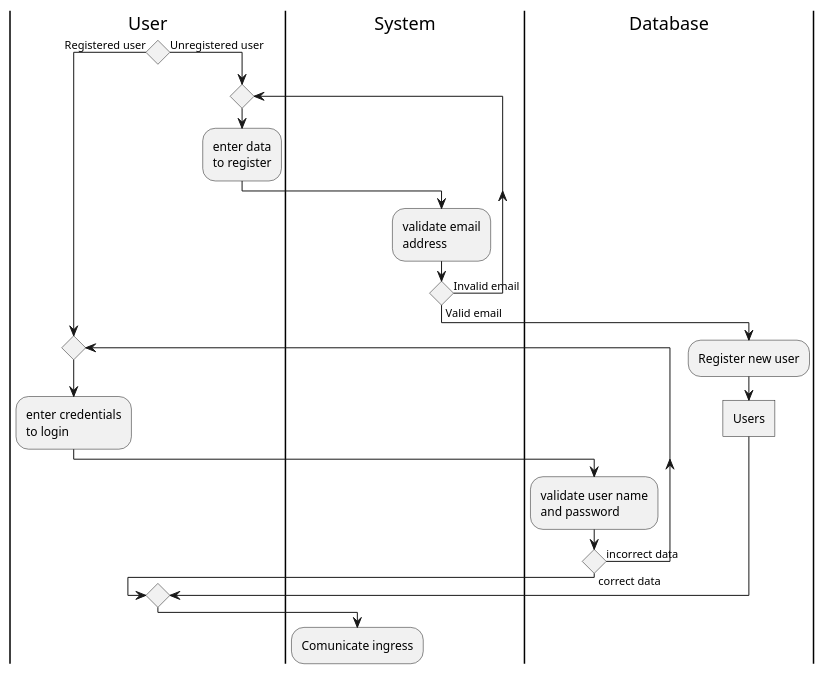
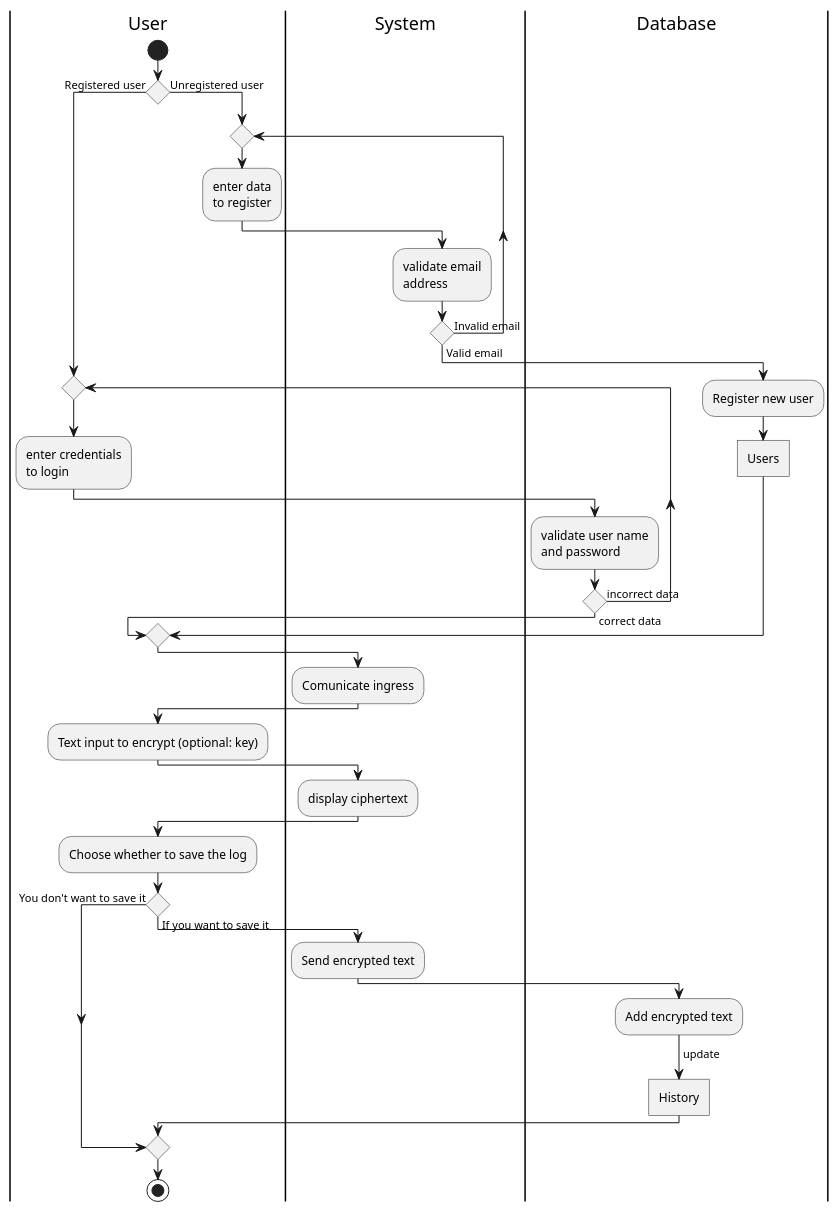
One commit to frangcisneros/cifrador-utn changed the diagram in activities-diagram.puml. Above: the diagram before and after it, drawn with PlantUML.

Commit message:
add part 2 of activities-diagram

```diff
--- a/activities-diagram.puml
+++ b/activities-diagram.puml
@@ -1,38 +1,60 @@
 @startuml
+
 |User|
+start
 if() then (Registered user)
     label sp_lab0
     label sp_lab1
     label sp_lab2
     label sp_lab3
     label sp_lab4
     label sp_lab5
     label sp_lab6
     label sp_lab7
     label sp_lab8
     repeat 
     :enter credentials 
     to login; 
     |System|
     |Database|
     :validate user name
     and password;
     repeat while ( ) is (incorrect data) not (correct data)
 
 
 else (Unregistered user)  
     |User|
         repeat 
         :enter data 
         to register;
         |System|
         :validate email 
         address;
         repeat while( ) is (Invalid email) not(Valid email)
     |Database|
     :Register new user;
     :Users]
+    
 endif
 |System|
 :Comunicate ingress;
+
+|User|
+:Text input to encrypt (optional: key);
+|System|
+:display ciphertext;
+|User|
+:Choose whether to save the log;
+if() then (If you want to save it)
+    |System|
+    :Send encrypted text;
+    |Database|
+    :Add encrypted text;
+    -> update;
+    :History] 
+else(You don't want to save it)
+endif
+|User| 
+stop
+
 @enduml
```
